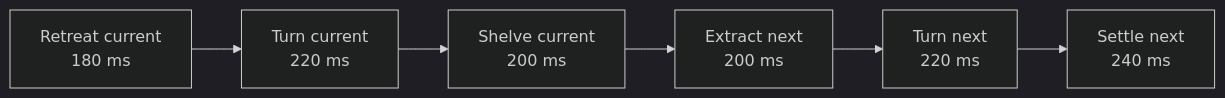
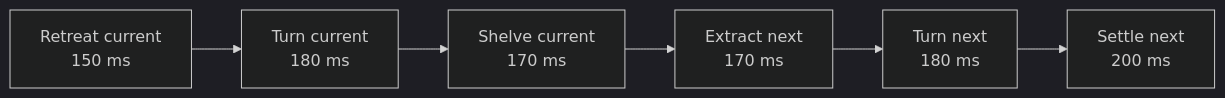
Before and after one commit to mintdotgg/bookshelf: the third of 4 diagrams in docs/animation-system/README.md, drawn with Mermaid (dark theme). The commit also changed other lines of this file and 7 other files, not shown here.

````diff
--- a/docs/animation-system/README.md
+++ b/docs/animation-system/README.md
@@ -173,9 +173,9 @@
 ```mermaid
 flowchart LR
-    A["Retreat current<br/>180 ms"] -->
-    B["Turn current<br/>220 ms"] -->
-    C["Shelve current<br/>200 ms"] -->
-    D["Extract next<br/>200 ms"] -->
-    E["Turn next<br/>220 ms"] -->
-    F["Settle next<br/>240 ms"]
+    A["Retreat current<br/>150 ms"] -->
+    B["Turn current<br/>180 ms"] -->
+    C["Shelve current<br/>170 ms"] -->
+    D["Extract next<br/>170 ms"] -->
+    E["Turn next<br/>180 ms"] -->
+    F["Settle next<br/>200 ms"]
 ```
````
